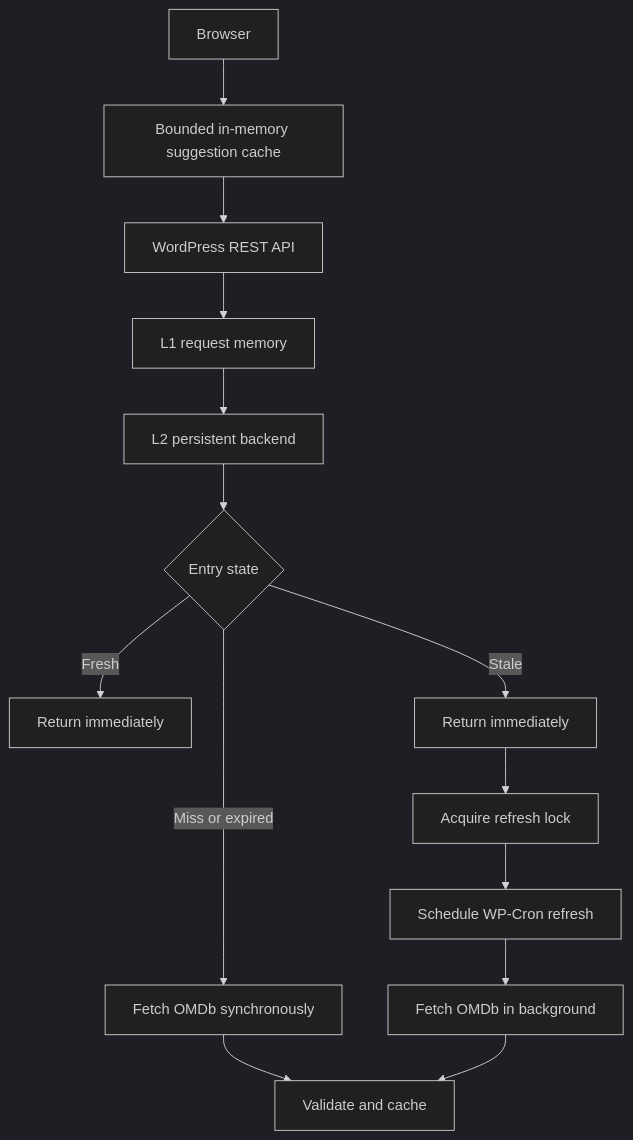
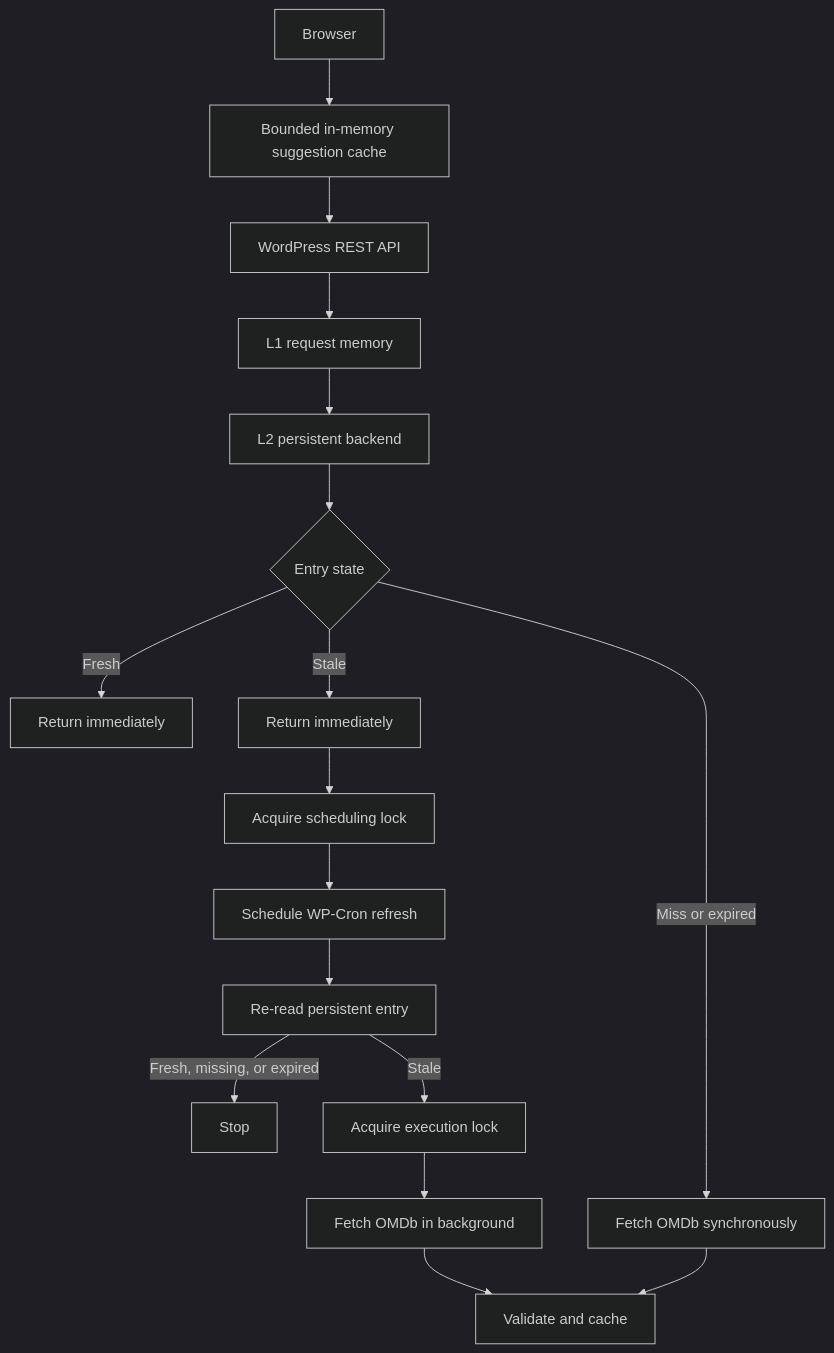
One commit to cirinojr/wp-movie-showcase changed the diagram in docs/cache-architecture.md. Above: the diagram before and after it, drawn with Mermaid (dark theme). The commit also changed other lines of this file and 8 other files, not shown here.

Commit message:
Make stale refresh workers idempotent

````diff
--- a/docs/cache-architecture.md
+++ b/docs/cache-architecture.md
@@ -15,16 +15,19 @@
 ```mermaid
 flowchart TD
     A[Browser] --> B[Bounded in-memory suggestion cache]
     B --> C[WordPress REST API]
     C --> D[L1 request memory]
     D --> E[L2 persistent backend]
     E --> F{Entry state}
     F -->|Fresh| G[Return immediately]
     F -->|Stale| H[Return immediately]
-    H --> I[Acquire refresh lock]
+    H --> I[Acquire scheduling lock]
     I --> J[Schedule WP-Cron refresh]
     F -->|Miss or expired| K[Fetch OMDb synchronously]
-    J --> L[Fetch OMDb in background]
+    J --> L[Re-read persistent entry]
+    L -->|Fresh, missing, or expired| N[Stop]
+    L -->|Stale| O[Acquire execution lock]
+    O --> P[Fetch OMDb in background]
     K --> M[Validate and cache]
-    L --> M
+    P --> M
 ```
````
